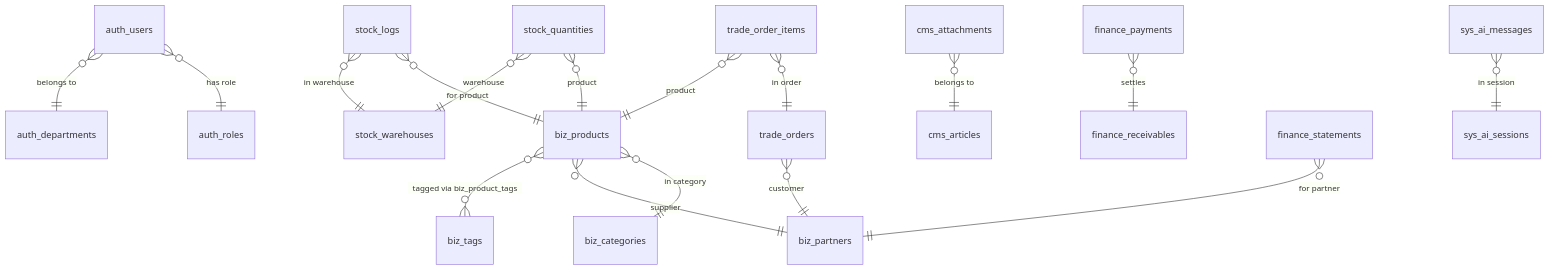
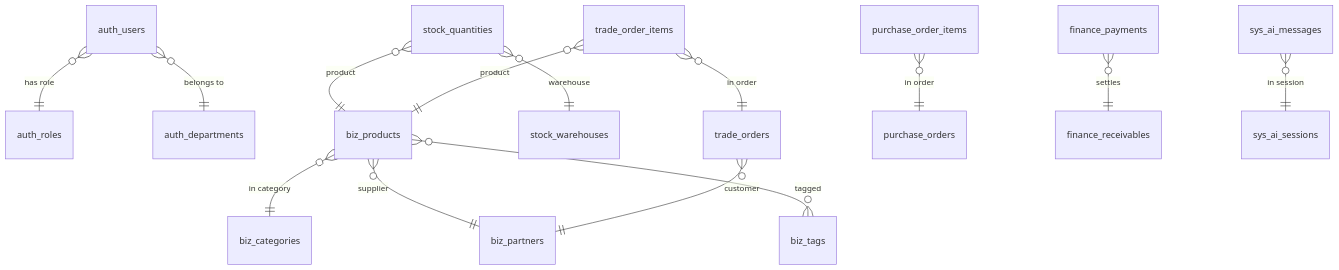
One commit to 2711944586/NEXUS-PRIME changed the diagram in docs/project_report.md. Above: the diagram before and after it, drawn with Mermaid. The commit also changed other lines of this file and 637 other files, not shown here.

````diff
--- a/docs/project_report.md
+++ b/docs/project_report.md
@@ -25,25 +124,16 @@
 ```mermaid
 erDiagram
   auth_users }o--|| auth_roles : "has role"
   auth_users }o--|| auth_departments : "belongs to"
-
   biz_products }o--|| biz_categories : "in category"
   biz_products }o--|| biz_partners : "supplier"
-  biz_products }o--o{ biz_tags : "tagged via biz_product_tags"
-
+  biz_products }o--o{ biz_tags : "tagged"
   stock_quantities }o--|| biz_products : "product"
   stock_quantities }o--|| stock_warehouses : "warehouse"
-  stock_logs }o--|| biz_products : "for product"
-  stock_logs }o--|| stock_warehouses : "in warehouse"
-
   trade_orders }o--|| biz_partners : "customer"
   trade_order_items }o--|| trade_orders : "in order"
   trade_order_items }o--|| biz_products : "product"
-
-  cms_attachments }o--|| cms_articles : "belongs to"
-
+  purchase_order_items }o--|| purchase_orders : "in order"
   finance_payments }o--|| finance_receivables : "settles"
-  finance_statements }o--|| biz_partners : "for partner"
-
   sys_ai_messages }o--|| sys_ai_sessions : "in session"
 ```
````
